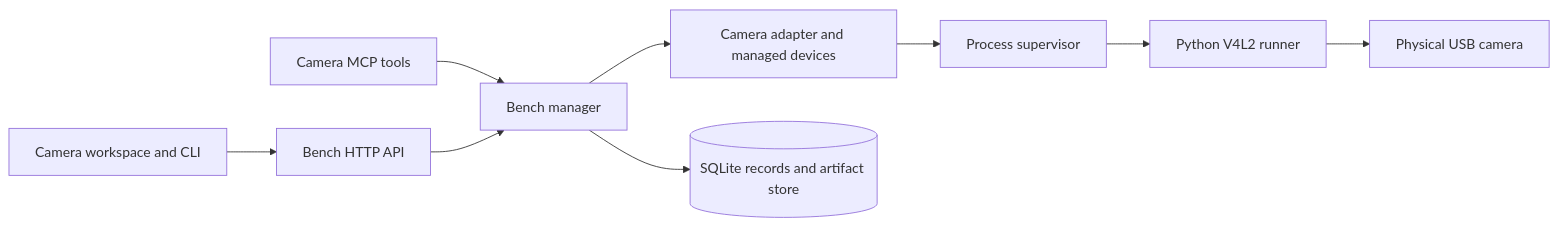
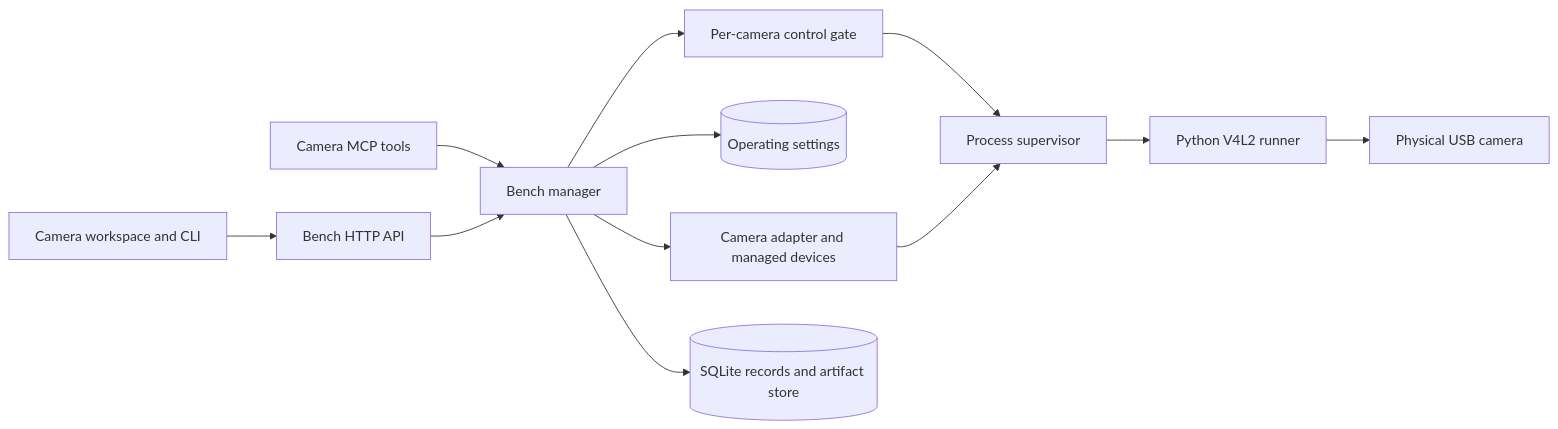
The diagram in .agentic/knowledge/camera-integration.md (DDP-Engineering/2026_Networked_Intelligent_Lab_Orchestrator), drawn with Mermaid before and after one commit. The commit also changed other lines of this file and 71 other files, not shown here.

First line of the commit message:
feat: add configurable operating settings for NILO 0.12.0

````diff
--- a/.agentic/knowledge/camera-integration.md
+++ b/.agentic/knowledge/camera-integration.md
@@ -81,11 +86,14 @@
 ```mermaid
 flowchart LR
     ui[Camera workspace and CLI] --> api[Bench HTTP API]
     mcp[Camera MCP tools] --> manager[Bench manager]
     api --> manager
+    manager --> gate[Per-camera control gate]
+    gate --> supervisor
+    manager --> settings[(Operating settings)]
     manager --> adapter[Camera adapter and managed devices]
     adapter --> supervisor[Process supervisor]
     supervisor --> runner[Python V4L2 runner]
     runner --> camera[Physical USB camera]
     manager --> store[(SQLite records and artifact store)]
 ```
````
